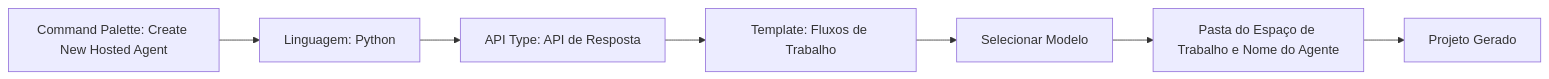
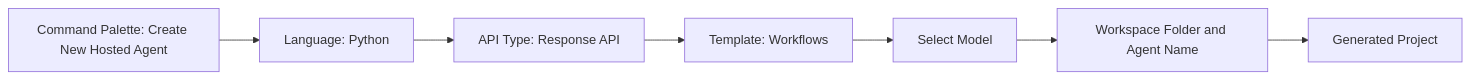
The diagram in translations/pt-PT/workshop/lab02-multi-agent/docs/02-scaffold-multi-agent.md (microsoft-foundry/Foundry_Toolkit_for_VSCode_Lab), drawn with Mermaid before and after one commit. The commit also changed other lines of this file and 65 other files, not shown here.

````diff
--- a/translations/pt-PT/workshop/lab02-multi-agent/docs/02-scaffold-multi-agent.md
+++ b/translations/pt-PT/workshop/lab02-multi-agent/docs/02-scaffold-multi-agent.md
@@ -13,9 +13,9 @@
 ```mermaid
 flowchart LR
-    A[Command Palette: Create New Hosted Agent] --> B[Linguagem: Python]
-    B --> C[API Type: API de Resposta]
-    C --> D[Template: Fluxos de Trabalho]
-    D --> E[Selecionar Modelo]
-    E --> F[Pasta do Espaço de Trabalho e Nome do Agente]
-    F --> G[Projeto Gerado]
+    A[Command Palette: Create New Hosted Agent] --> B[Language: Python]
+    B --> C[API Type: Response API]
+    C --> D[Template: Workflows]
+    D --> E[Select Model]
+    E --> F[Workspace Folder and Agent Name]
+    F --> G[Generated Project]
 ```
````
